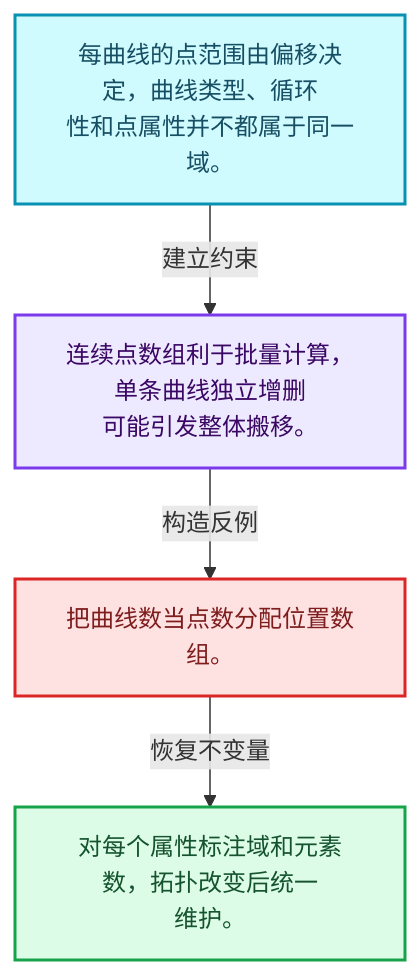
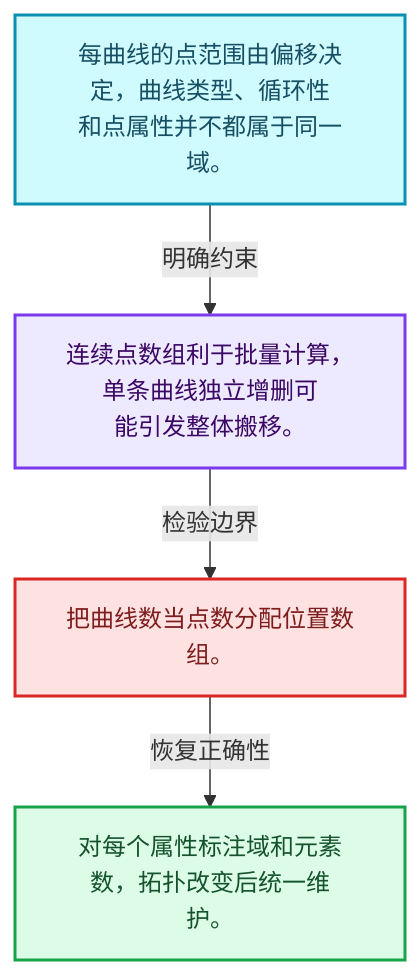
One commit to yunkezengren/blender-.vscode changed the first of 4 diagrams in 杂/markdown/全面学习-codex/05-几何存储与拓扑映射/04-CurvesGeometry存储.md. Above: the diagram before and after it, drawn with Mermaid. The commit also changed other lines of this file and 1930 other files, not shown here.

````diff
--- a/杂/markdown/全面学习-codex/05-几何存储与拓扑映射/04-CurvesGeometry存储.md
+++ b/杂/markdown/全面学习-codex/05-几何存储与拓扑映射/04-CurvesGeometry存储.md
@@ -29,16 +29,16 @@
 ```mermaid
 flowchart TB
-  M["每曲线的点范围由偏移决定，曲线类型、循环<br/>性和点属性并不都属于同一域。"]:::data
-  T["连续点数组利于批量计算，单条曲线独立增删<br/>可能引发整体搬移。"]:::abstraction
-  X["把曲线数当点数分配位置数组。"]:::error
-  A["对每个属性标注域和元素数，拓扑改变后统一<br/>维护。"]:::result
-  M -->|"建立约束"| T
-  T -->|"构造反例"| X
-  X -->|"恢复不变量"| A
+  M["每曲线的点范围由偏移决定，曲线类型、循环性<br/>和点属性并不都属于同一域。"]:::data
+  C["连续点数组利于批量计算，单条曲线独立增删可<br/>能引发整体搬移。"]:::abstraction
+  B["把曲线数当点数分配位置数组。"]:::error
+  R["对每个属性标注域和元素数，拓扑改变后统一维<br/>护。"]:::result
+  M -->|"明确约束"| C
+  C -->|"检验边界"| B
+  B -->|"恢复正确性"| R
   classDef input fill:#DBEAFE,stroke:#2563EB,color:#172554,stroke-width:2px;
   classDef data fill:#CFFAFE,stroke:#0891B2,color:#164E63,stroke-width:2px;
   classDef abstraction fill:#EDE9FE,stroke:#7C3AED,color:#3B0764,stroke-width:2px;
   classDef compute fill:#FEF3C7,stroke:#D97706,color:#78350F,stroke-width:2px;
   classDef result fill:#DCFCE7,stroke:#16A34A,color:#14532D,stroke-width:2px;
   classDef error fill:#FEE2E2,stroke:#DC2626,color:#7F1D1D,stroke-width:2px;
 ```
````
